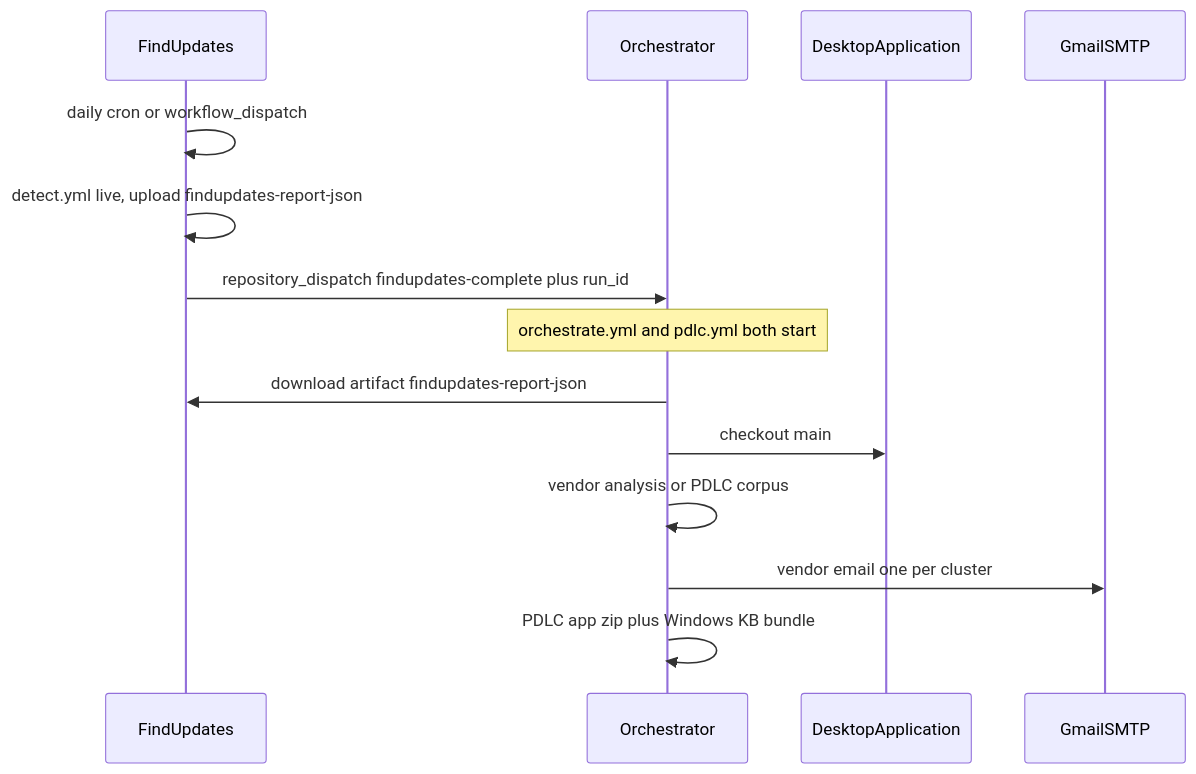
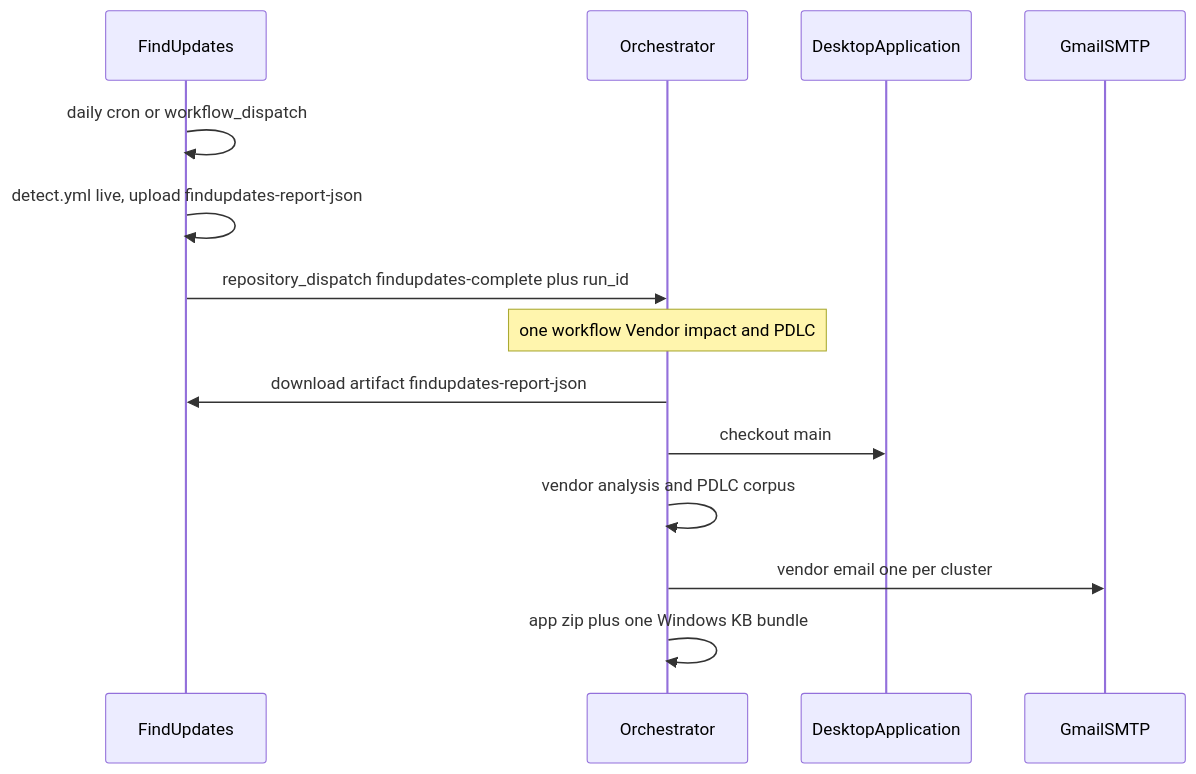
The diagram in README.md (defrances/Orchestrator), drawn with Mermaid before and after one commit. The commit also changed other lines of this file and 2 other files, not shown here.

Commit message:
Run vendor email and PDLC in one FindUpdates follow-through.

````diff
--- a/README.md
+++ b/README.md
@@ -15,16 +15,16 @@
 ```mermaid
 sequenceDiagram
   participant FU as FindUpdates
   participant Orch as Orchestrator
   participant DA as DesktopApplication
   participant Mail as GmailSMTP
   FU->>FU: daily cron or workflow_dispatch
   FU->>FU: detect.yml live, upload findupdates-report-json
   FU->>Orch: repository_dispatch findupdates-complete plus run_id
-  Note over Orch: orchestrate.yml and pdlc.yml both start
+  Note over Orch: one workflow Vendor impact and PDLC
   Orch->>FU: download artifact findupdates-report-json
   Orch->>DA: checkout main
-  Orch->>Orch: vendor analysis or PDLC corpus
+  Orch->>Orch: vendor analysis and PDLC corpus
   Orch->>Mail: vendor email one per cluster
-  Orch->>Orch: PDLC app zip plus Windows KB bundle
+  Orch->>Orch: app zip plus one Windows KB bundle
 ```
````
